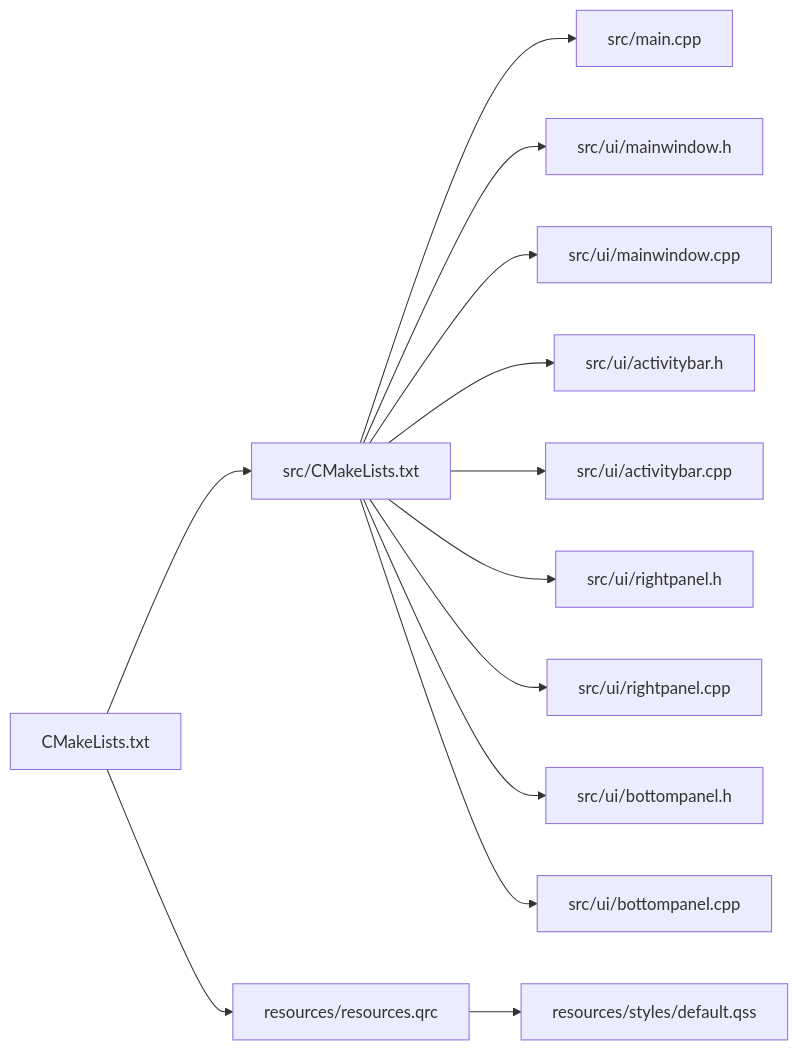
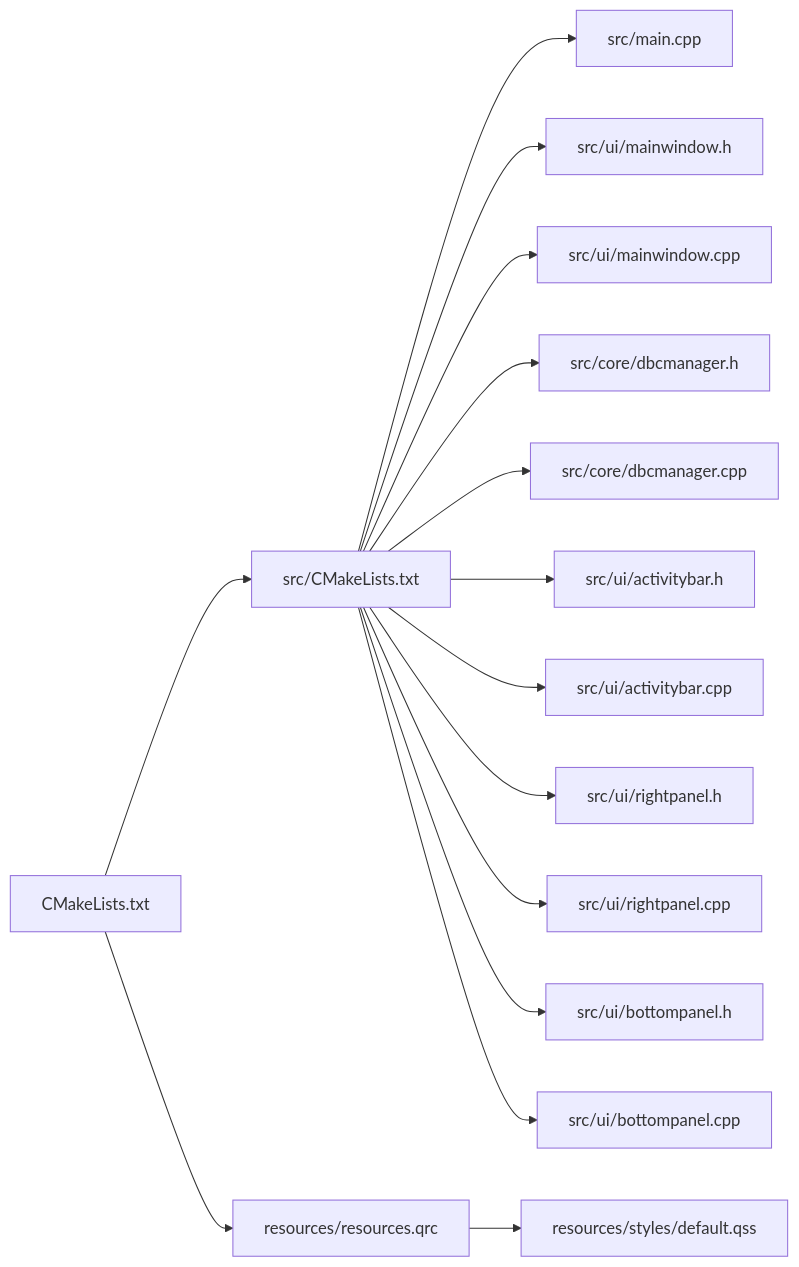
One commit to jakecai1225-design/OpenBus changed the fifth of 5 diagrams in .qoder/repowiki/zh/content/核心模块详解/主窗口组件.md. Above: the diagram before and after it, drawn with Mermaid. The commit also changed other lines of this file and 215 other files, not shown here.

````diff
--- a/.qoder/repowiki/zh/content/核心模块详解/主窗口组件.md
+++ b/.qoder/repowiki/zh/content/核心模块详解/主窗口组件.md
@@ -278,15 +339,17 @@
 ```mermaid
 graph LR
 CMake["CMakeLists.txt"] --> SrcCMake["src/CMakeLists.txt"]
 SrcCMake --> MainCPP["src/main.cpp"]
 SrcCMake --> MW_H["src/ui/mainwindow.h"]
 SrcCMake --> MW_CPP["src/ui/mainwindow.cpp"]
+SrcCMake --> DBM_H["src/core/dbcmanager.h"]
+SrcCMake --> DBM_CPP["src/core/dbcmanager.cpp"]
 SrcCMake --> ACT_H["src/ui/activitybar.h"]
 SrcCMake --> ACT_CPP["src/ui/activitybar.cpp"]
 SrcCMake --> RP_H["src/ui/rightpanel.h"]
 SrcCMake --> RP_CPP["src/ui/rightpanel.cpp"]
 SrcCMake --> BP_H["src/ui/bottompanel.h"]
 SrcCMake --> BP_CPP["src/ui/bottompanel.cpp"]
 CMake --> QRC["resources/resources.qrc"]
 QRC --> QSS["resources/styles/default.qss"]
 ```
````
